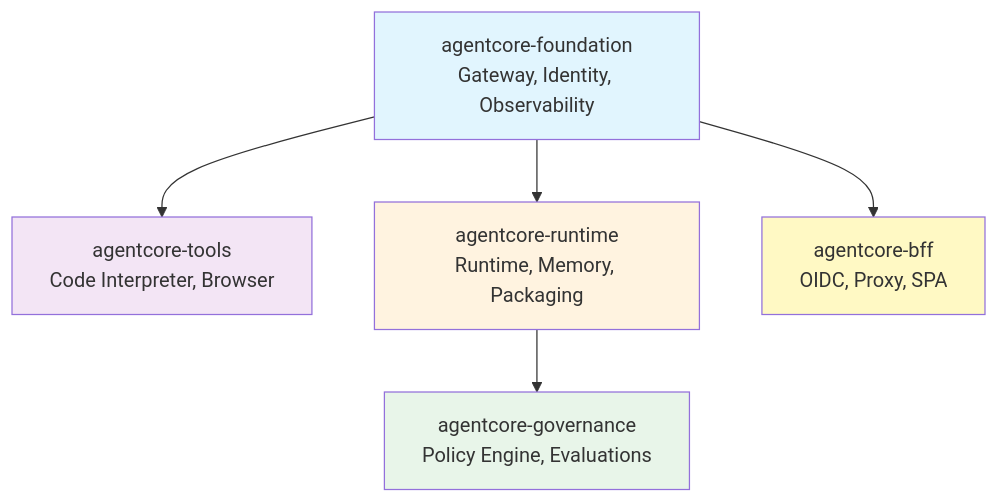
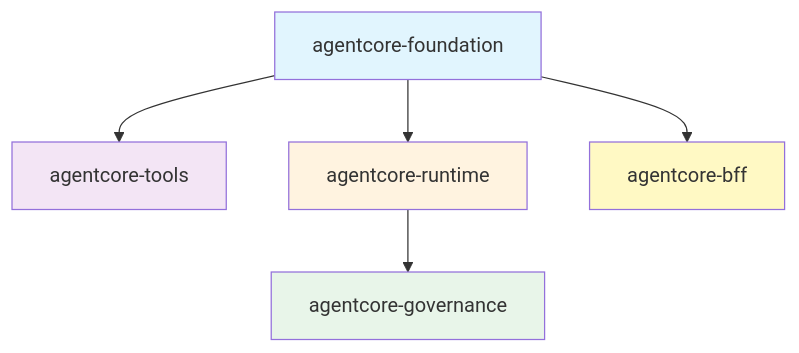
One commit to j3brns/tf-harness-acore changed the first of 2 diagrams in README.md. Above: the diagram before and after it, drawn with Mermaid. The commit also changed other lines of this file, not shown here.

````diff
--- a/README.md
+++ b/README.md
@@ -42,13 +71,13 @@
 ```mermaid
-flowchart TD
-    A["agentcore-foundation<br/>Gateway, Identity, Observability"] --> B["agentcore-tools<br/>Code Interpreter, Browser"]
-    A --> C["agentcore-runtime<br/>Runtime, Memory, Packaging"]
-    C --> D["agentcore-governance<br/>Policy Engine, Evaluations"]
-    A --> E["agentcore-bff<br/>OIDC, Proxy, SPA"]
+graph TD
+    A[agentcore-foundation] --> B[agentcore-tools]
+    A --> C[agentcore-runtime]
+    C --> D[agentcore-governance]
+    A --> E[agentcore-bff]
 
     style A fill:#e1f5fe
     style B fill:#f3e5f5
     style C fill:#fff3e0
     style D fill:#e8f5e9
     style E fill:#fff9c4
 ```
````
